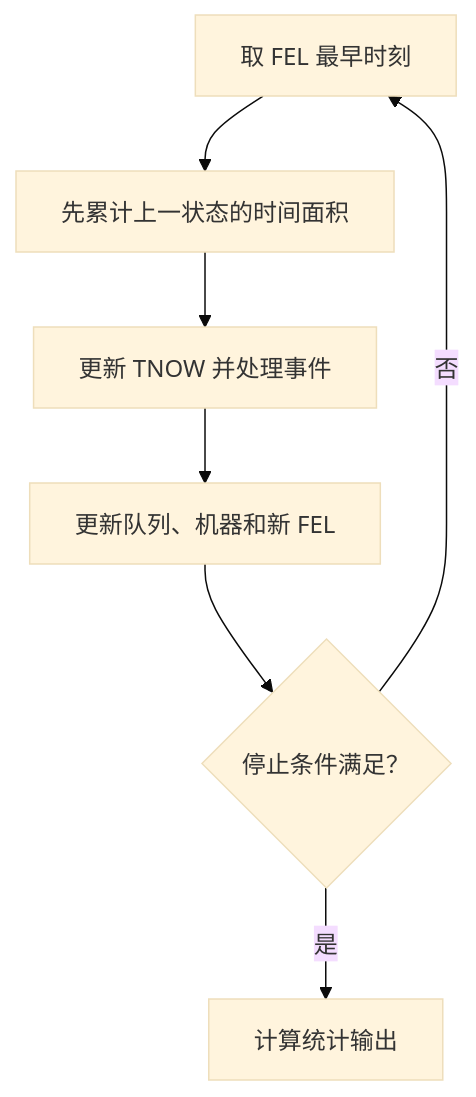
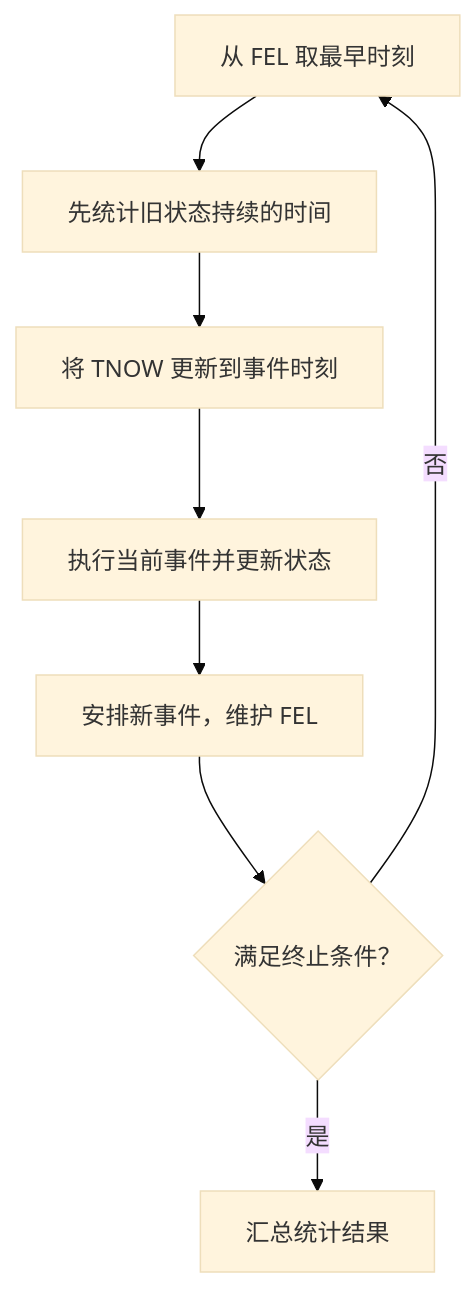
The second of 2 diagrams in manual-event-simulation/00-concepts-and-rules.md (ZeyuYu713/system-simulation-learning), drawn with Mermaid (base theme) before and after one commit. The commit also changed other lines of this file, not shown here.

````diff
--- a/manual-event-simulation/00-concepts-and-rules.md
+++ b/manual-event-simulation/00-concepts-and-rules.md
@@ -83,9 +190,10 @@
 ```mermaid
 flowchart TD
-  A["取 FEL 最早时刻"] --> B["先累计上一状态的时间面积"]
-  B --> C["更新 TNOW 并处理事件"]
-  C --> D["更新队列、机器和新 FEL"]
-  D --> E{"停止条件满足？"}
-  E -->|"否"| A
-  E -->|"是"| F["计算统计输出"]
+  A["从 FEL 取最早时刻"] --> B["先统计旧状态持续的时间"]
+  B --> C["将 TNOW 更新到事件时刻"]
+  C --> D["执行当前事件并更新状态"]
+  D --> E["安排新事件，维护 FEL"]
+  E --> F{"满足终止条件？"}
+  F -->|"否"| A
+  F -->|"是"| G["汇总统计结果"]
 ```
````
